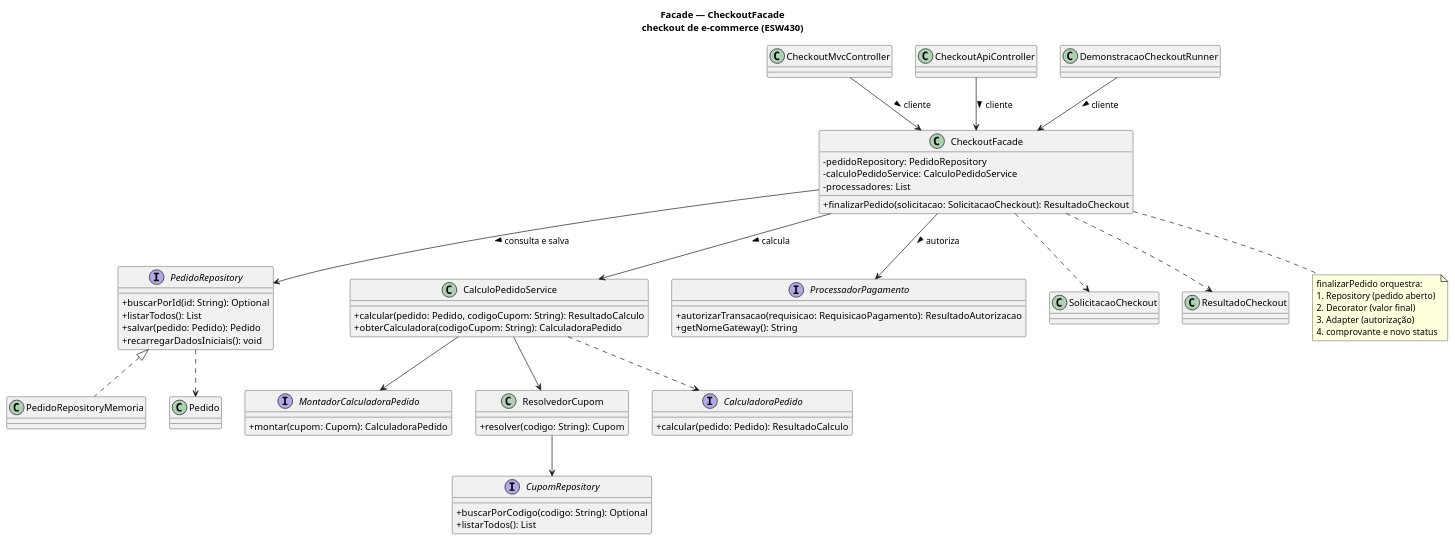
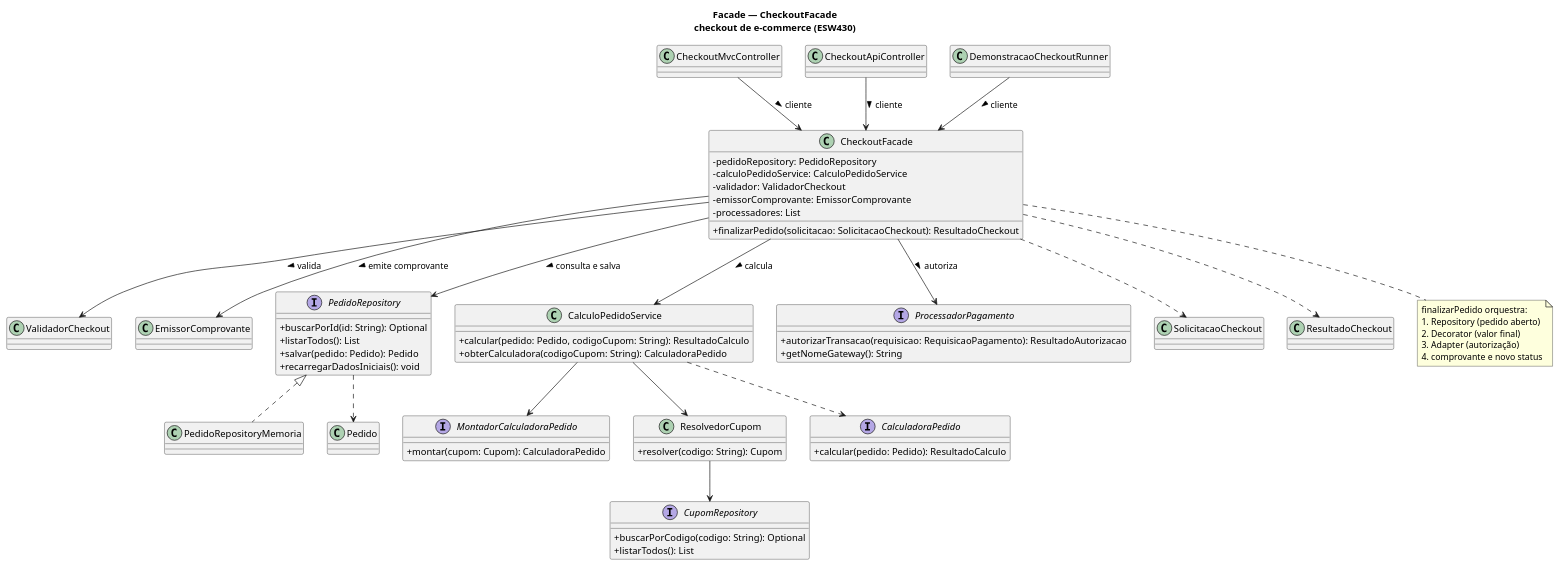
One commit to HenriqueSpyder/Projeto-Padroes-GOF changed the diagram in docs/diagrams/facade.puml. Above: the diagram before and after it, drawn with PlantUML. The commit also changed 16 other files, not shown here.

```diff
--- a/docs/diagrams/facade.puml
+++ b/docs/diagrams/facade.puml
@@ -1,79 +1,86 @@
 @startuml facade
 skinparam classAttributeIconSize 0
 title Facade — CheckoutFacade\ncheckout de e-commerce (ESW430)
 
 class CheckoutMvcController
 class CheckoutApiController
 class DemonstracaoCheckoutRunner
 
+class ValidadorCheckout
+class EmissorComprovante
+
 class CheckoutFacade {
     - pedidoRepository: PedidoRepository
     - calculoPedidoService: CalculoPedidoService
+    - validador: ValidadorCheckout
+    - emissorComprovante: EmissorComprovante
     - processadores: List
     + finalizarPedido(solicitacao: SolicitacaoCheckout): ResultadoCheckout
 }
 
 interface PedidoRepository {
     + buscarPorId(id: String): Optional
     + listarTodos(): List
     + salvar(pedido: Pedido): Pedido
     + recarregarDadosIniciais(): void
 }
 
 class PedidoRepositoryMemoria
 
 class CalculoPedidoService {
     + calcular(pedido: Pedido, codigoCupom: String): ResultadoCalculo
     + obterCalculadora(codigoCupom: String): CalculadoraPedido
 }
 
 interface MontadorCalculadoraPedido {
     + montar(cupom: Cupom): CalculadoraPedido
 }
 
 class ResolvedorCupom {
     + resolver(codigo: String): Cupom
 }
 
 interface CupomRepository {
     + buscarPorCodigo(codigo: String): Optional
     + listarTodos(): List
 }
 
 interface CalculadoraPedido {
     + calcular(pedido: Pedido): ResultadoCalculo
 }
 
 interface ProcessadorPagamento {
     + autorizarTransacao(requisicao: RequisicaoPagamento): ResultadoAutorizacao
     + getNomeGateway(): String
 }
 
 class SolicitacaoCheckout
 class ResultadoCheckout
 class Pedido
 
 CheckoutMvcController --> CheckoutFacade : cliente >
 CheckoutApiController --> CheckoutFacade : cliente >
 DemonstracaoCheckoutRunner --> CheckoutFacade : cliente >
 CheckoutFacade --> PedidoRepository : consulta e salva >
 CheckoutFacade --> CalculoPedidoService : calcula >
+CheckoutFacade --> ValidadorCheckout : valida >
+CheckoutFacade --> EmissorComprovante : emite comprovante >
 CheckoutFacade --> ProcessadorPagamento : autoriza >
 CheckoutFacade ..> SolicitacaoCheckout
 CheckoutFacade ..> ResultadoCheckout
 PedidoRepository <|.. PedidoRepositoryMemoria
 PedidoRepository ..> Pedido
 CalculoPedidoService --> MontadorCalculadoraPedido
 CalculoPedidoService --> ResolvedorCupom
 CalculoPedidoService ..> CalculadoraPedido
 ResolvedorCupom --> CupomRepository
 
 note bottom of CheckoutFacade
   finalizarPedido orquestra:
   1. Repository (pedido aberto)
   2. Decorator (valor final)
   3. Adapter (autorização)
   4. comprovante e novo status
 end note
 
 @enduml
```
